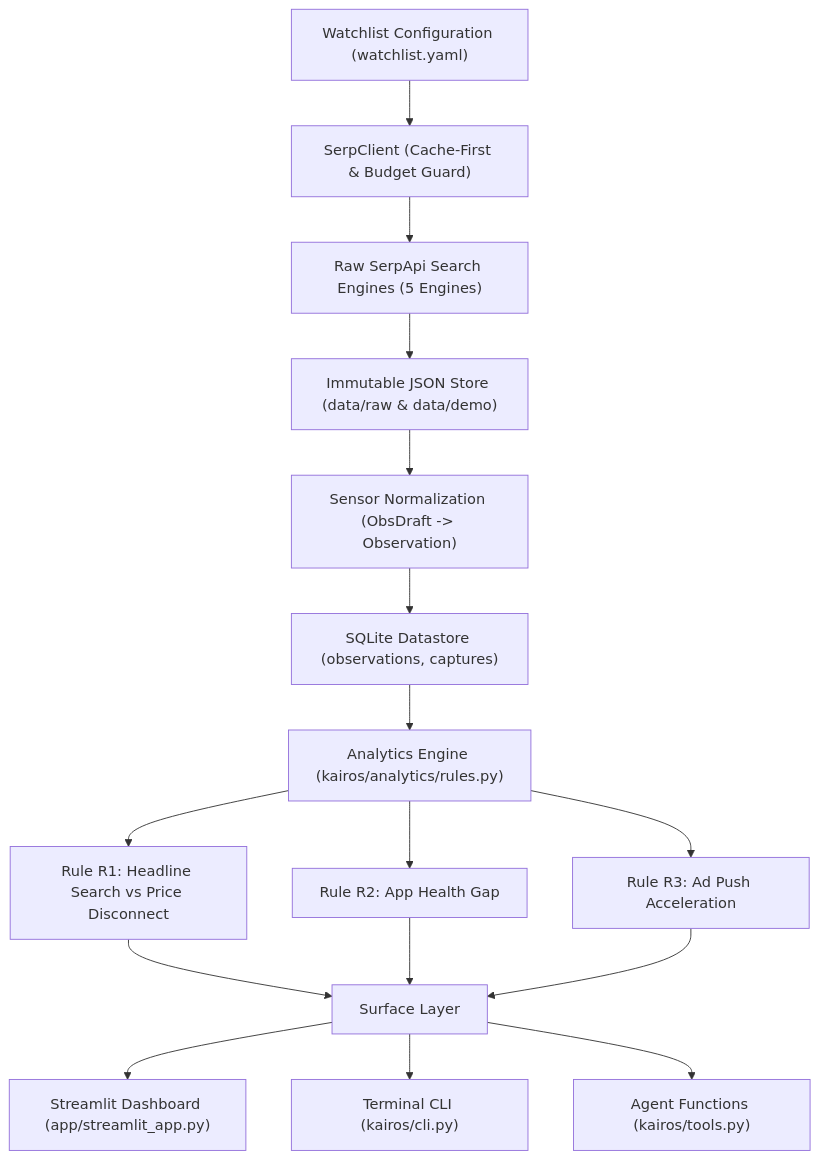
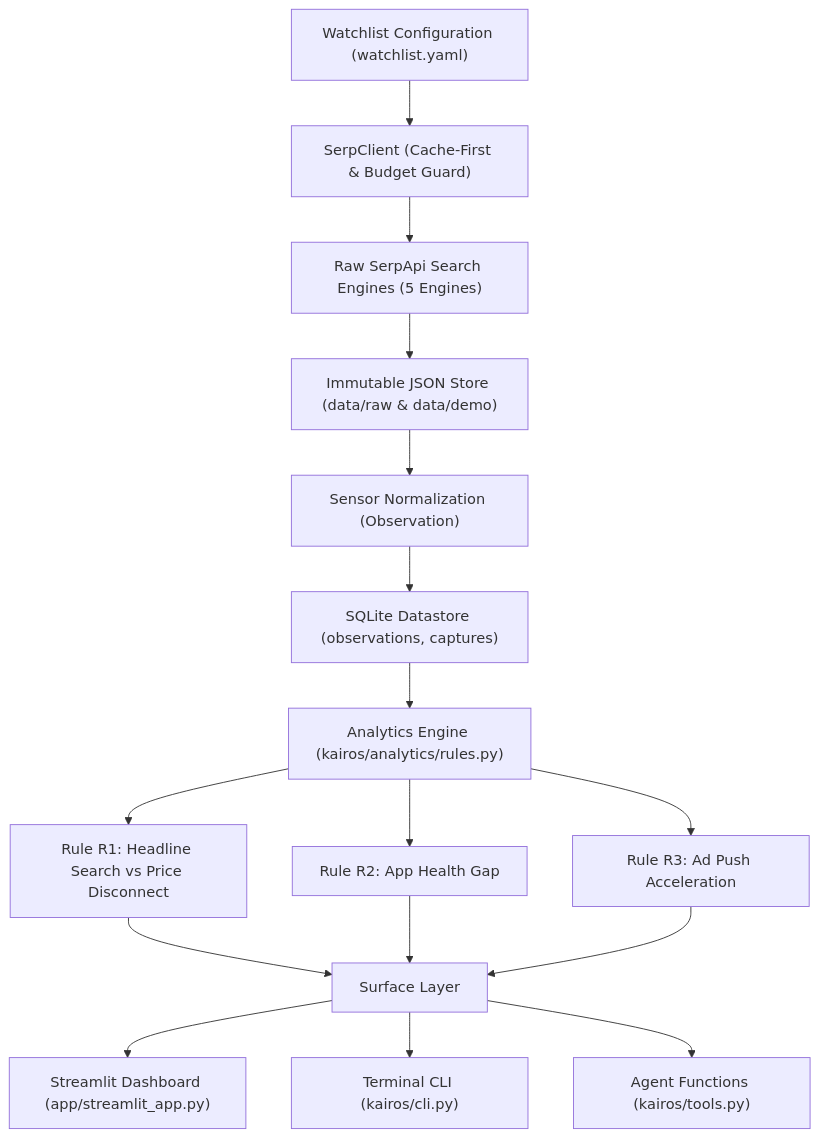
The diagram in README.md (catherinearulanand/Kairos), drawn with Mermaid before and after one commit. The commit also changed other lines of this file and 11 other files, not shown here.

````diff
--- a/README.md
+++ b/README.md
@@ -68,16 +80,16 @@
 ```mermaid
 flowchart TD
     A["Watchlist Configuration (watchlist.yaml)"] --> B["SerpClient (Cache-First & Budget Guard)"]
     B --> C["Raw SerpApi Search Engines (5 Engines)"]
     C --> D["Immutable JSON Store (data/raw & data/demo)"]
-    D --> E["Sensor Normalization (ObsDraft -> Observation)"]
+    D --> E["Sensor Normalization (Observation)"]
     E --> F["SQLite Datastore (observations, captures)"]
     F --> G["Analytics Engine (kairos/analytics/rules.py)"]
     G --> H1["Rule R1: Headline Search vs Price Disconnect"]
     G --> H2["Rule R2: App Health Gap"]
     G --> H3["Rule R3: Ad Push Acceleration"]
     H1 & H2 & H3 --> I["Surface Layer"]
     I --> J1["Streamlit Dashboard (app/streamlit_app.py)"]
     I --> J2["Terminal CLI (kairos/cli.py)"]
     I --> J3["Agent Functions (kairos/tools.py)"]
 ```
````
